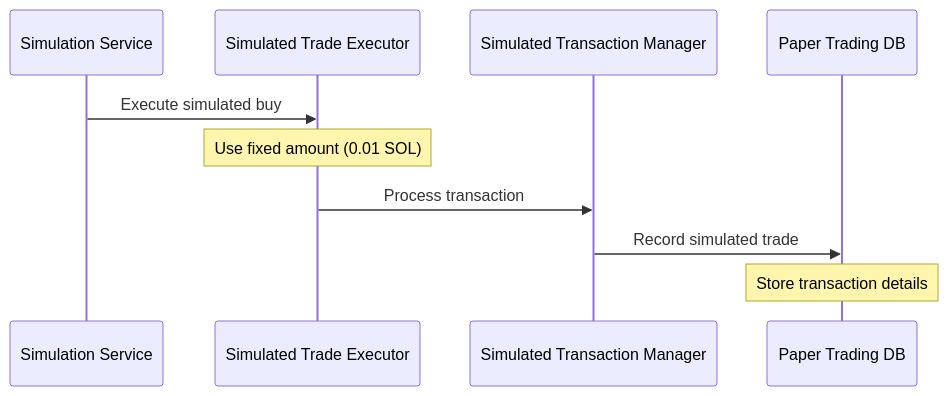
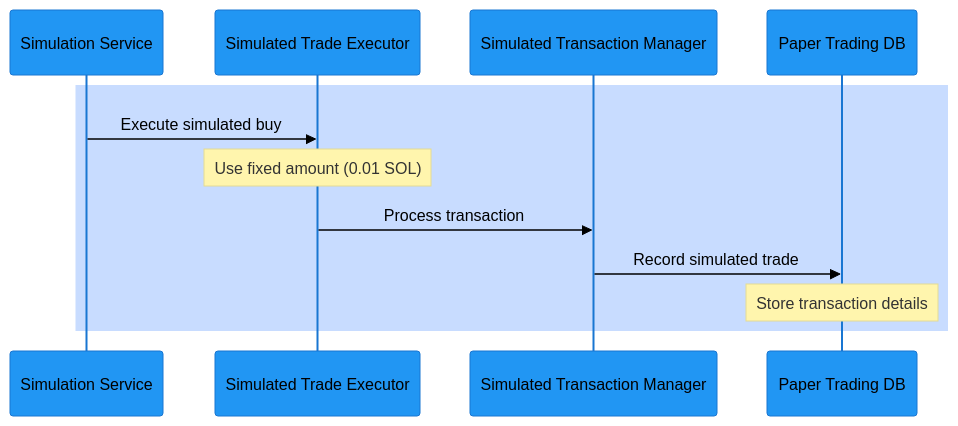
Before and after one commit to kodiii/SolanaTokenSniper: the fourth of 4 diagrams in cline_docs/paperTrading_flow.md, drawn with Mermaid. The commit also changed other lines of this file and 6 other files, not shown here.

````diff
--- a/cline_docs/paperTrading_flow.md
+++ b/cline_docs/paperTrading_flow.md
@@ -42,13 +90,16 @@
 ```mermaid
+%%{init: {'theme': 'base', 'themeVariables': { 'primaryColor': '#2196F3', 'primaryTextColor': '#000', 'primaryBorderColor': '#1976D2' }}}%%
 sequenceDiagram
     participant Sim as Simulation Service
     participant Exec as Simulated Trade Executor
     participant TM as Simulated Transaction Manager
     participant DB as Paper Trading DB
 
-    Sim->>Exec: Execute simulated buy
-    Note over Exec: Use fixed amount (0.01 SOL)
-    Exec->>TM: Process transaction
-    TM->>DB: Record simulated trade
-    Note over DB: Store transaction details
+    rect rgb(200, 220, 255)
+        Sim->>Exec: Execute simulated buy
+        Note over Exec: Use fixed amount (0.01 SOL)
+        Exec->>TM: Process transaction
+        TM->>DB: Record simulated trade
+        Note over DB: Store transaction details
+    end
 ```
````
